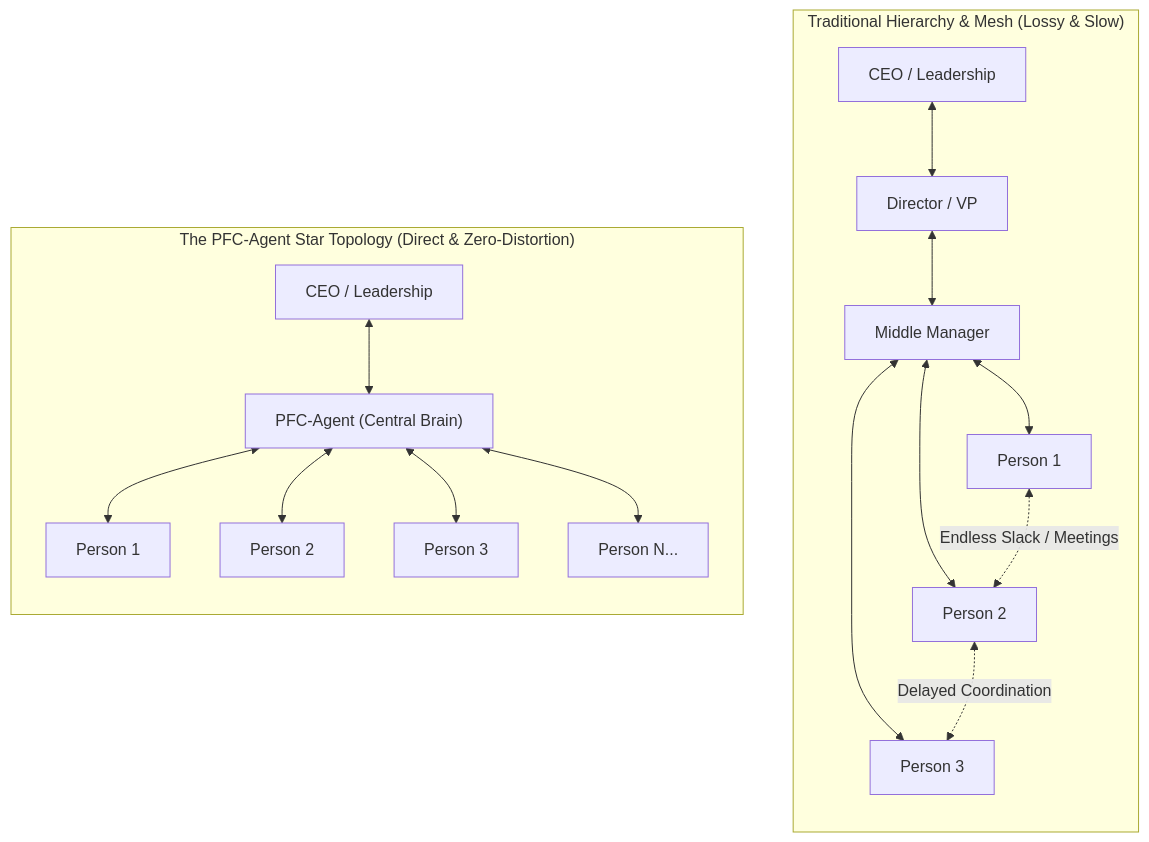
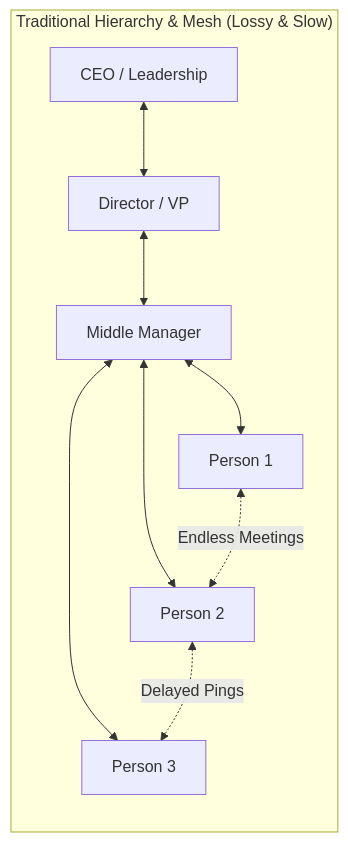
Before and after one commit to PFC-Agent/PFC-Agent: the first of 3 diagrams in README.md, drawn with Mermaid.

````diff
--- a/README.md
+++ b/README.md
@@ -27,22 +27,13 @@
 ```mermaid
 flowchart TD
     subgraph Trad ["Traditional Hierarchy & Mesh (Lossy & Slow)"]
         direction TB
         T_CEO["CEO / Leadership"] <--> T_VP["Director / VP"]
         T_VP <--> T_MGR["Middle Manager"]
         T_MGR <--> T_P1["Person 1"]
         T_MGR <--> T_P2["Person 2"]
         T_MGR <--> T_P3["Person 3"]
-        T_P1 <-.->|Endless Slack / Meetings| T_P2
-        T_P2 <-.->|Delayed Coordination| T_P3
-    end
-
-    subgraph PFC ["The PFC-Agent Star Topology (Direct & Zero-Distortion)"]
-        direction TB
-        P_CEO["CEO / Leadership"] <--> P_AGENT["PFC-Agent (Central Brain)"]
-        P_AGENT <--> P_P1["Person 1"]
-        P_AGENT <--> P_P2["Person 2"]
-        P_AGENT <--> P_P3["Person 3"]
-        P_AGENT <--> P_PN["Person N..."]
+        T_P1 <-.->|Endless Meetings| T_P2
+        T_P2 <-.->|Delayed Pings| T_P3
     end
 ```
````
